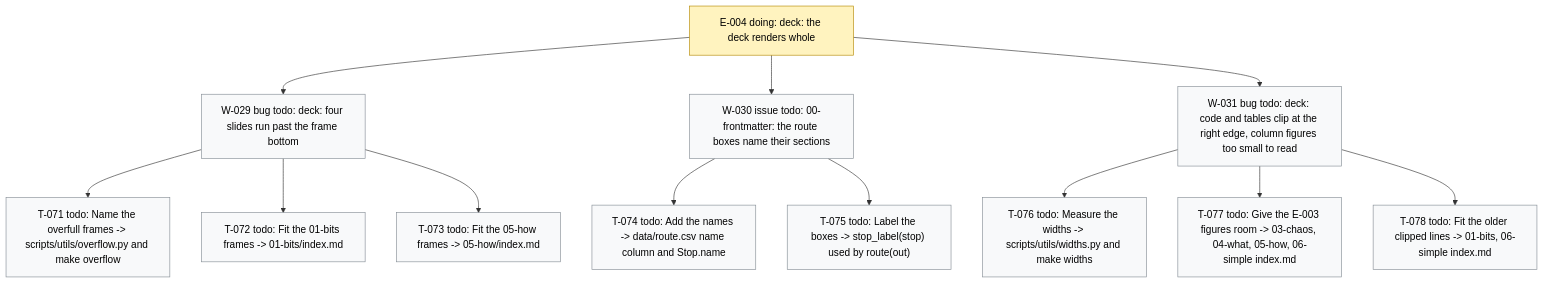
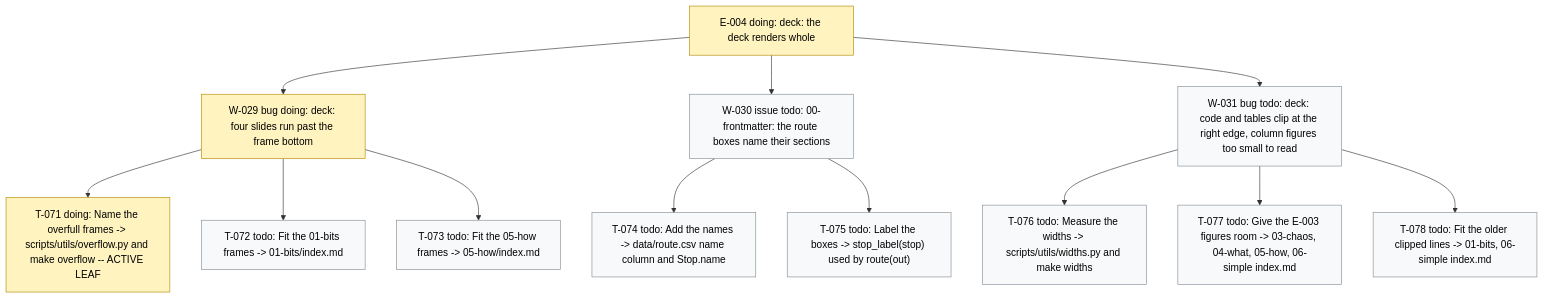
The diagram in .board/BOARD.md (dpopchev/chaos-to-simple), drawn with Mermaid before and after one commit. The commit also changed other lines of this file and 2 other files, not shown here.

Commit message:
chore(board): activate W-029, start T-071
Refs: W-029 T-071

````diff
--- a/.board/BOARD.md
+++ b/.board/BOARD.md
@@ -193,22 +193,22 @@
 ```mermaid
 flowchart TD
   E004["E-004 doing: deck: the deck renders whole"]
-  E004 --> W029["W-029 bug todo: deck: four slides run past the frame bottom"]
-  W029 --> T071["T-071 todo: Name the overfull frames -> scripts/utils/overflow.py and make overflow"]
+  E004 --> W029["W-029 bug doing: deck: four slides run past the frame bottom"]
+  W029 --> T071["T-071 doing: Name the overfull frames -> scripts/utils/overflow.py and make overflow -- ACTIVE LEAF"]
   W029 --> T072["T-072 todo: Fit the 01-bits frames -> 01-bits/index.md"]
   W029 --> T073["T-073 todo: Fit the 05-how frames -> 05-how/index.md"]
   E004 --> W030["W-030 issue todo: 00-frontmatter: the route boxes name their sections"]
   W030 --> T074["T-074 todo: Add the names -> data/route.csv name column and Stop.name"]
   W030 --> T075["T-075 todo: Label the boxes -> stop_label(stop) used by route(out)"]
   E004 --> W031["W-031 bug todo: deck: code and tables clip at the right edge, column figures too small to read"]
   W031 --> T076["T-076 todo: Measure the widths -> scripts/utils/widths.py and make widths"]
   W031 --> T077["T-077 todo: Give the E-003 figures room -> 03-chaos, 04-what, 05-how, 06-simple index.md"]
   W031 --> T078["T-078 todo: Fit the older clipped lines -> 01-bits, 06-simple index.md"]
   classDef doing fill:#fff3bf,stroke:#b58900,color:#000;
   classDef blocked fill:#ffe3e3,stroke:#c92a2a,color:#000;
   classDef done fill:#e6ffed,stroke:#2b8a3e,color:#000;
   classDef todo fill:#f8f9fa,stroke:#868e96,color:#000;
   classDef pruned fill:#f1f3f5,stroke:#adb5bd,color:#000;
-  class E004 doing
-  class W029,T071,T072,T073,W030,T074,T075,W031,T076,T077,T078 todo
+  class E004,W029,T071 doing
+  class T072,T073,W030,T074,T075,W031,T076,T077,T078 todo
 ```
````
